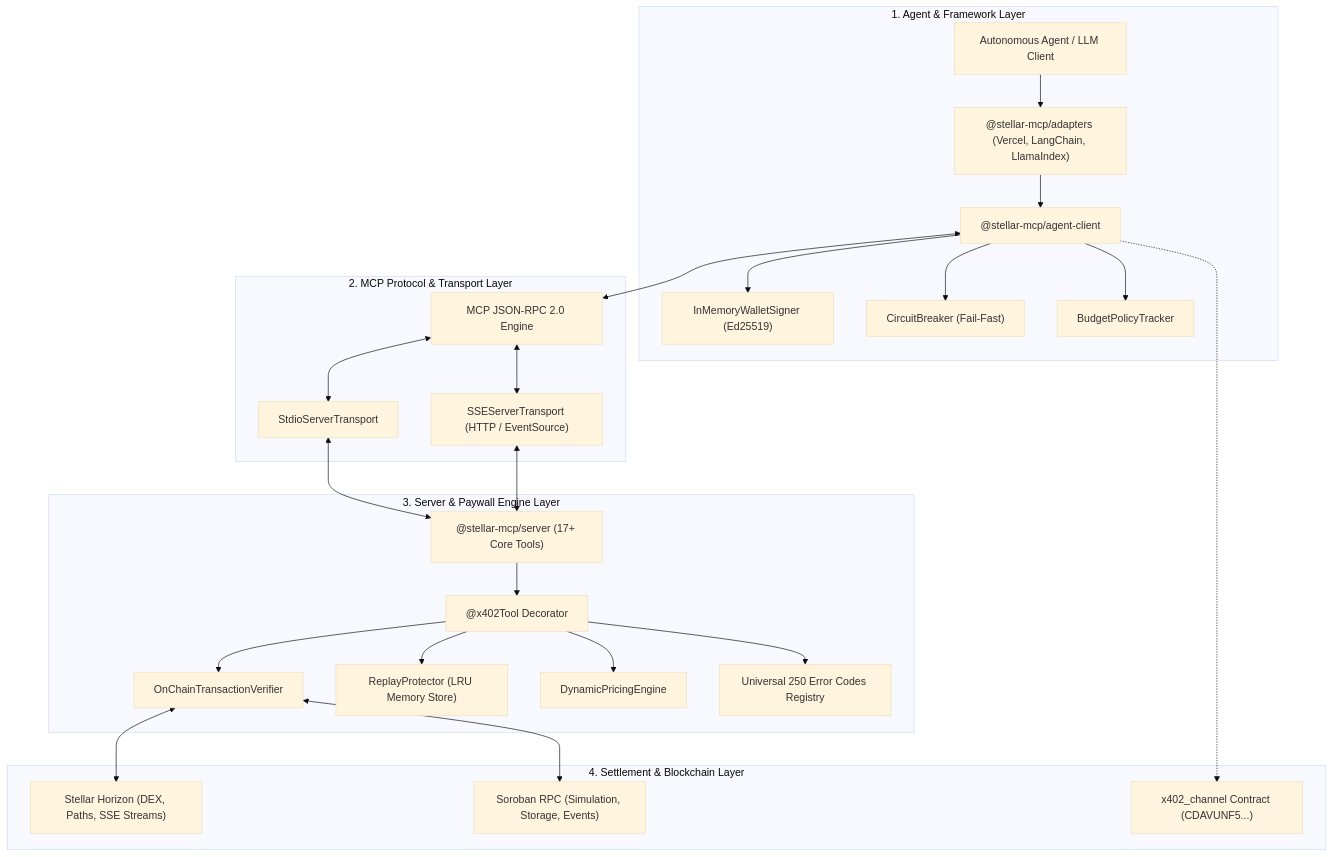
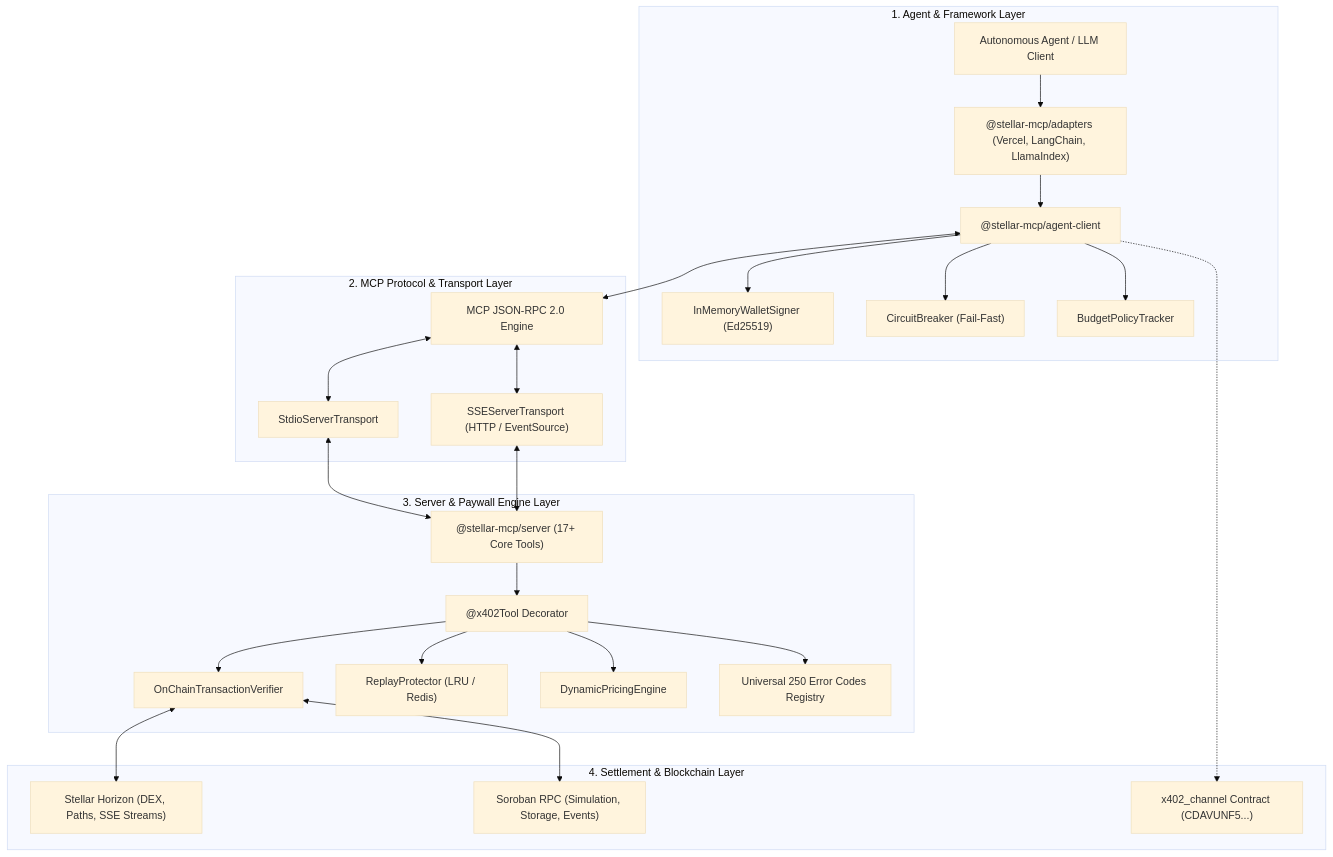
One commit to EmeditWeb/documentation changed the first of 3 diagrams in architecture/overview.md. Above: the diagram before and after it, drawn with Mermaid (base theme). The commit also changed other lines of this file and 4 other files, not shown here.

````diff
--- a/architecture/overview.md
+++ b/architecture/overview.md
@@ -10,51 +10,51 @@
 ```mermaid
 flowchart TD
     subgraph Layer1["1. Agent & Framework Layer"]
         LLM["Autonomous Agent / LLM Client"]
         Adapters["@stellar-mcp/adapters (Vercel, LangChain, LlamaIndex)"]
         Client["@stellar-mcp/agent-client"]
         Signer["InMemoryWalletSigner (Ed25519)"]
         Breaker["CircuitBreaker (Fail-Fast)"]
         Policy["BudgetPolicyTracker"]
     end
 
     subgraph Layer2["2. MCP Protocol & Transport Layer"]
         JSONRPC["MCP JSON-RPC 2.0 Engine"]
         Stdio["StdioServerTransport"]
         SSE["SSEServerTransport (HTTP / EventSource)"]
     end
 
     subgraph Layer3["3. Server & Paywall Engine Layer"]
         Server["@stellar-mcp/server (17+ Core Tools)"]
         Decorator["@x402Tool Decorator"]
         Verifier["OnChainTransactionVerifier"]
-        Replay["ReplayProtector (LRU Memory Store)"]
+        Replay["ReplayProtector (LRU / Redis)"]
         Pricing["DynamicPricingEngine"]
         Registry["Universal 250 Error Codes Registry"]
     end
 
     subgraph Layer4["4. Settlement & Blockchain Layer"]
         Horizon["Stellar Horizon (DEX, Paths, SSE Streams)"]
         RPC["Soroban RPC (Simulation, Storage, Events)"]
         Channel["x402_channel Contract (CDAVUNF5...)"]
     end
 
     LLM --> Adapters
     Adapters --> Client
     Client --> Signer
     Client --> Breaker
     Client --> Policy
     Client <--> JSONRPC
     JSONRPC <--> Stdio
     JSONRPC <--> SSE
     Stdio <--> Server
     SSE <--> Server
     Server --> Decorator
     Decorator --> Verifier
     Decorator --> Replay
     Decorator --> Pricing
     Decorator --> Registry
     Verifier <--> Horizon
     Verifier <--> RPC
     Client -.-> Channel
 ```
````
